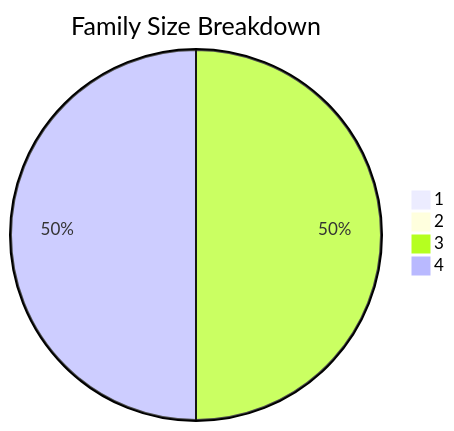
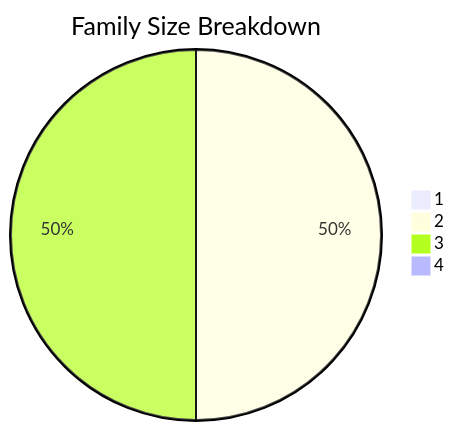
The sixth of 10 diagrams in test-tools/DataGen/src/Statistics_Visualizer.md (dhagan-va/intern-2025), drawn with Mermaid before and after one commit. The commit also changed other lines of this file and 5 other files, not shown here.

````diff
--- a/test-tools/DataGen/src/Statistics_Visualizer.md
+++ b/test-tools/DataGen/src/Statistics_Visualizer.md
@@ -66,7 +67,7 @@
 ```mermaid
 pie title Family Size Breakdown
     "1" : 0
-    "2" : 0
+    "2" : 1
     "3" : 1
-    "4" : 1
+    "4" : 0
 ```
````
